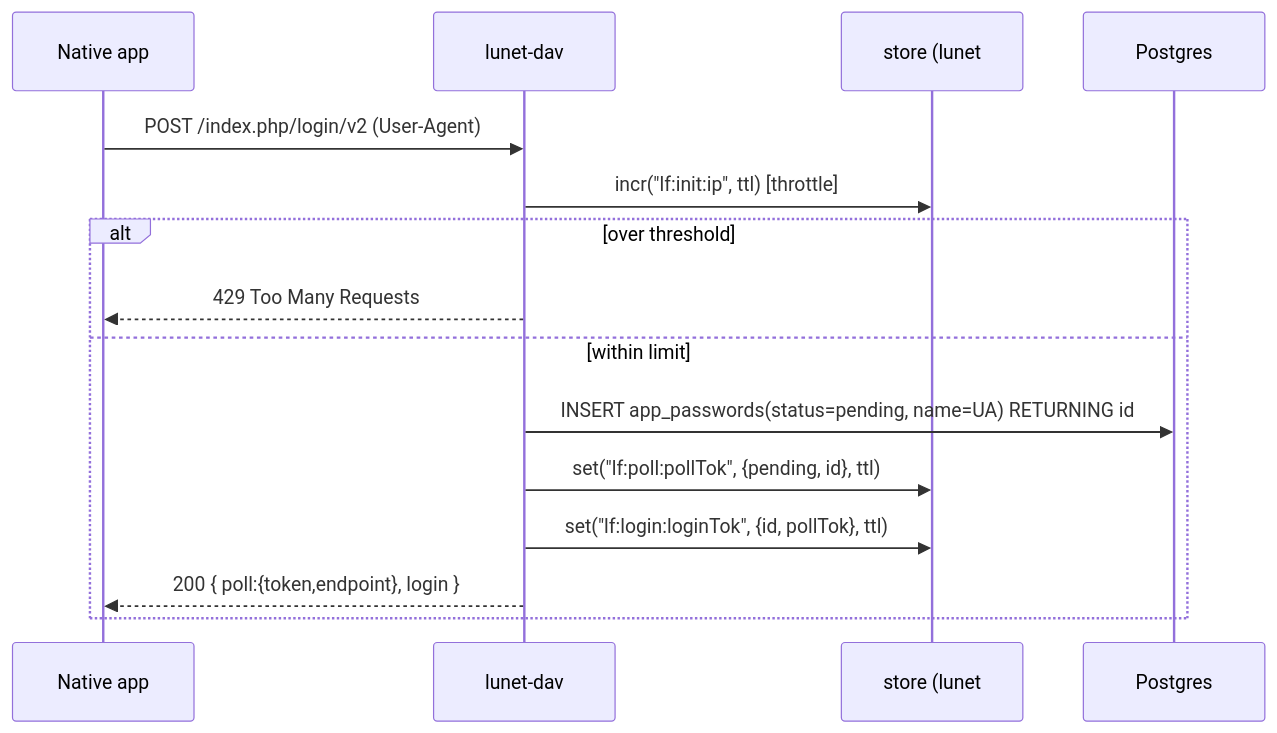
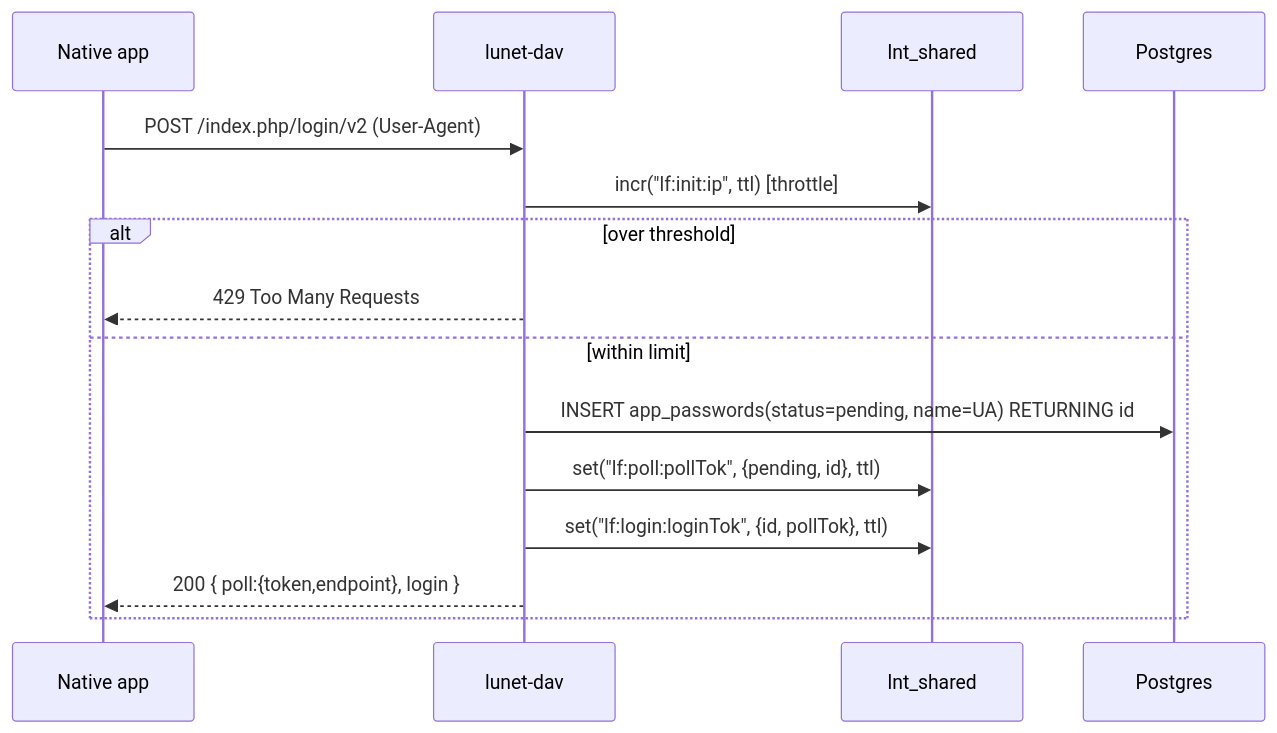
Before and after one commit to lua-lunet/lunet-dav: the first of 3 diagrams in docs/DESIGN.md, drawn with Mermaid. The commit also changed other lines of this file and 10 other files, not shown here.

````diff
--- a/docs/DESIGN.md
+++ b/docs/DESIGN.md
@@ -289,17 +296,17 @@
 ```mermaid
 sequenceDiagram
     participant App as Native app
     participant Srv as lunet-dav
-    participant Store as store (lunet#103 mock)
+    participant Store as lnt_shared
     participant PG as Postgres
     App->>Srv: POST /index.php/login/v2 (User-Agent)
     Srv->>Store: incr("lf:init:ip", ttl) [throttle]
     alt over threshold
         Srv-->>App: 429 Too Many Requests
     else within limit
         Srv->>PG: INSERT app_passwords(status=pending, name=UA) RETURNING id
         Srv->>Store: set("lf:poll:pollTok", {pending, id}, ttl)
         Srv->>Store: set("lf:login:loginTok", {id, pollTok}, ttl)
         Srv-->>App: 200 { poll:{token,endpoint}, login }
     end
 ```
````
